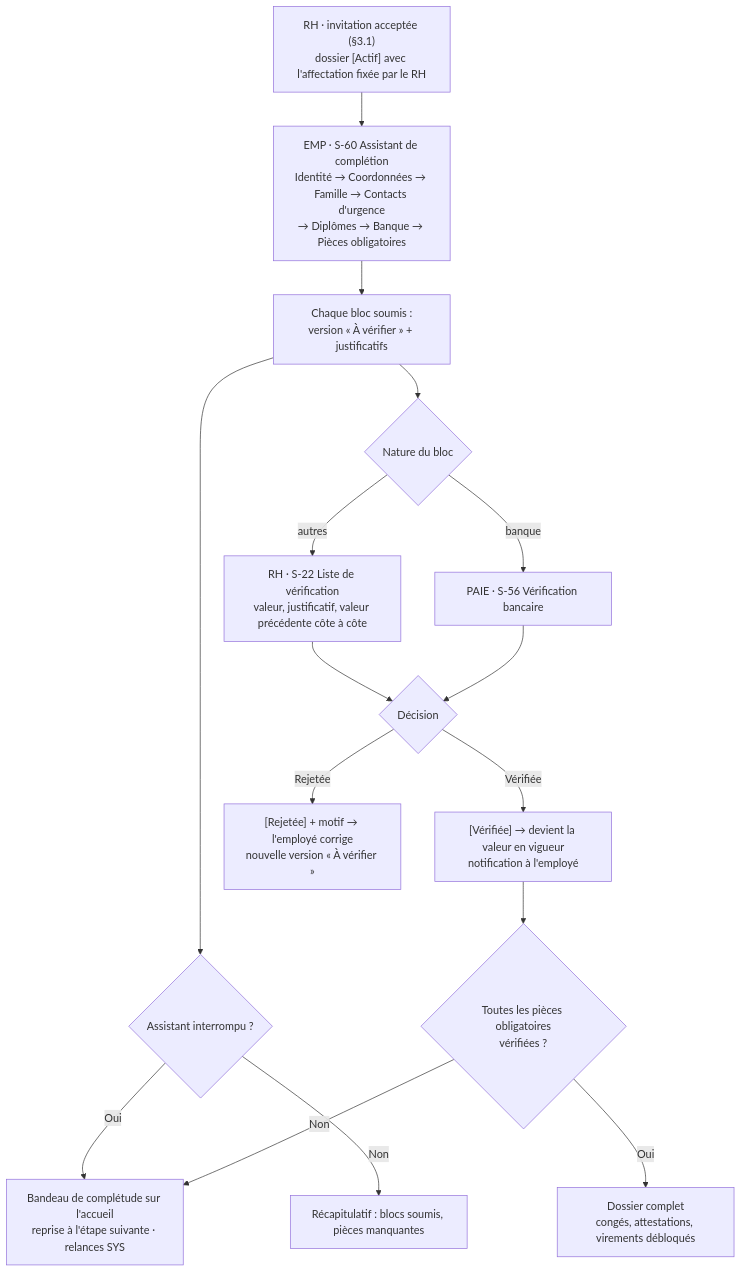
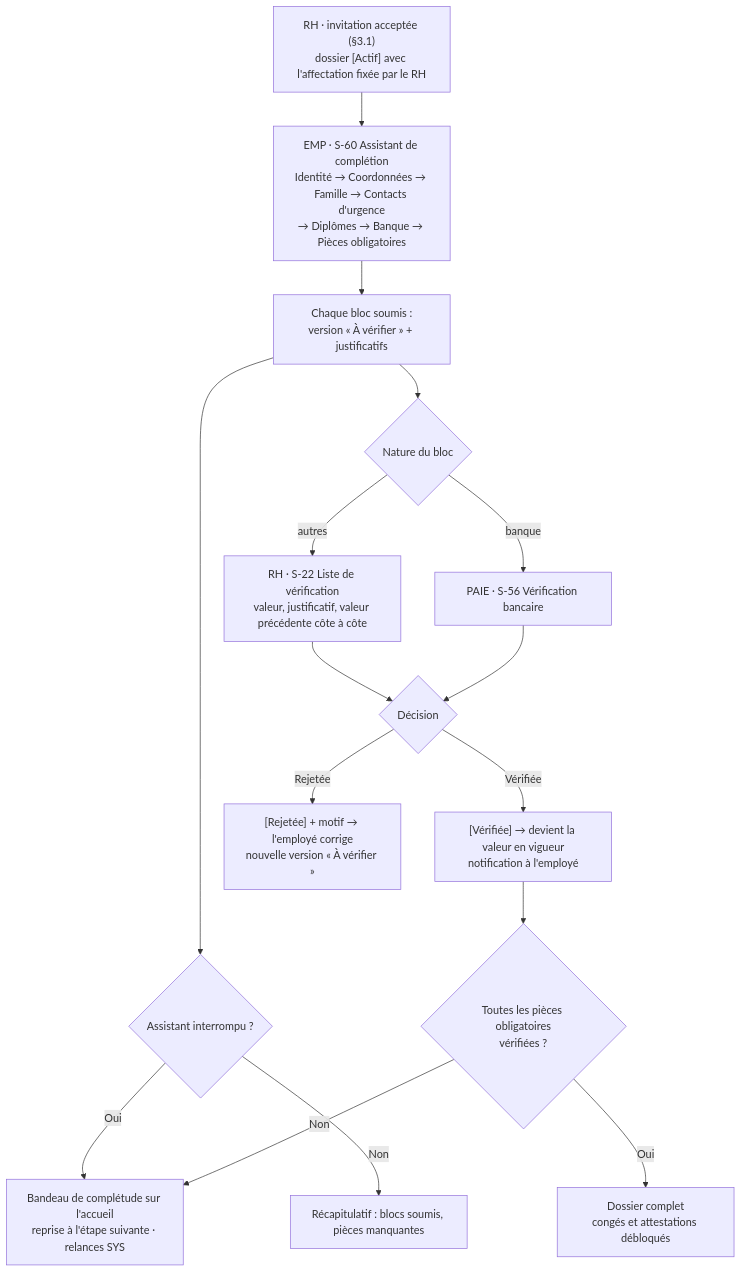
One commit to riyadaOne/fluxyrh-docs changed the eighth of 21 diagrams in 01-specifications/APPFLOW.md. Above: the diagram before and after it, drawn with Mermaid. The commit also changed other lines of this file and 21 other files, not shown here.

````diff
--- a/01-specifications/APPFLOW.md
+++ b/01-specifications/APPFLOW.md
@@ -300,18 +304,18 @@
 ```mermaid
 flowchart TD
     A["RH · invitation acceptée (§3.1)<br/>dossier [Actif] avec l'affectation fixée par le RH"] --> B["EMP · S-60 Assistant de complétion<br/>Identité → Coordonnées → Famille → Contacts d'urgence<br/>→ Diplômes → Banque → Pièces obligatoires"]
     B --> C[Chaque bloc soumis :<br/>version « À vérifier » + justificatifs]
     C --> D{Assistant interrompu ?}
     D -- Oui --> E[Bandeau de complétude sur l'accueil<br/>reprise à l'étape suivante · relances SYS]
     D -- Non --> F[Récapitulatif : blocs soumis, pièces manquantes]
     C --> G{Nature du bloc}
     G -- banque --> P["PAIE · S-56 Vérification bancaire"]
     G -- autres --> R["RH · S-22 Liste de vérification<br/>valeur, justificatif, valeur précédente côte à côte"]
     R --> V{Décision}
     P --> V
     V -- Vérifiée --> OK["[Vérifiée] → devient la valeur en vigueur<br/>notification à l'employé"]
     V -- Rejetée --> KO["[Rejetée] + motif → l'employé corrige<br/>nouvelle version « À vérifier »"]
     OK --> CP{Toutes les pièces obligatoires<br/>vérifiées ?}
-    CP -- Oui --> COMP["Dossier complet<br/>congés, attestations, virements débloqués"]
+    CP -- Oui --> COMP["Dossier complet<br/>congés et attestations débloqués"]
     CP -- Non --> E
 ```
````
